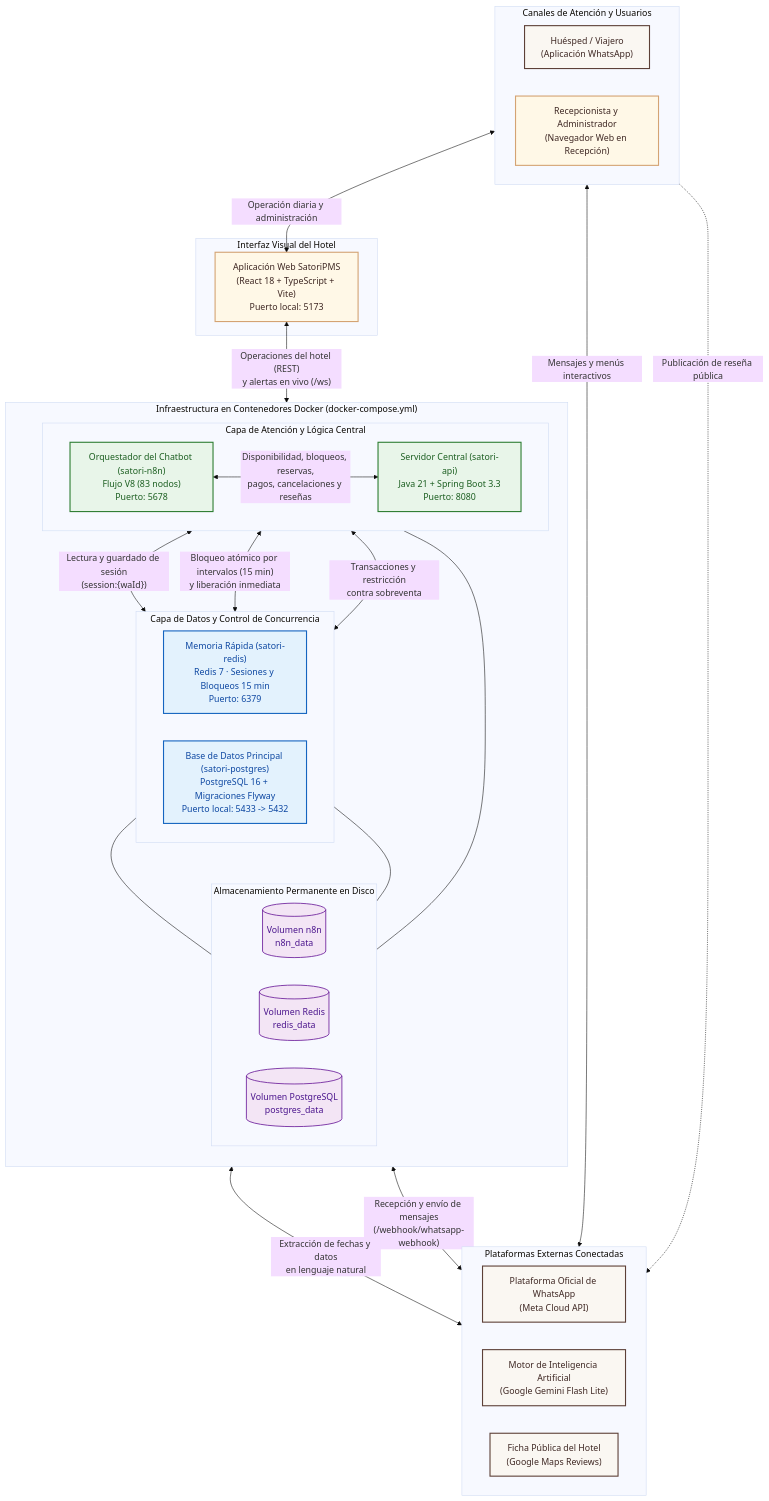
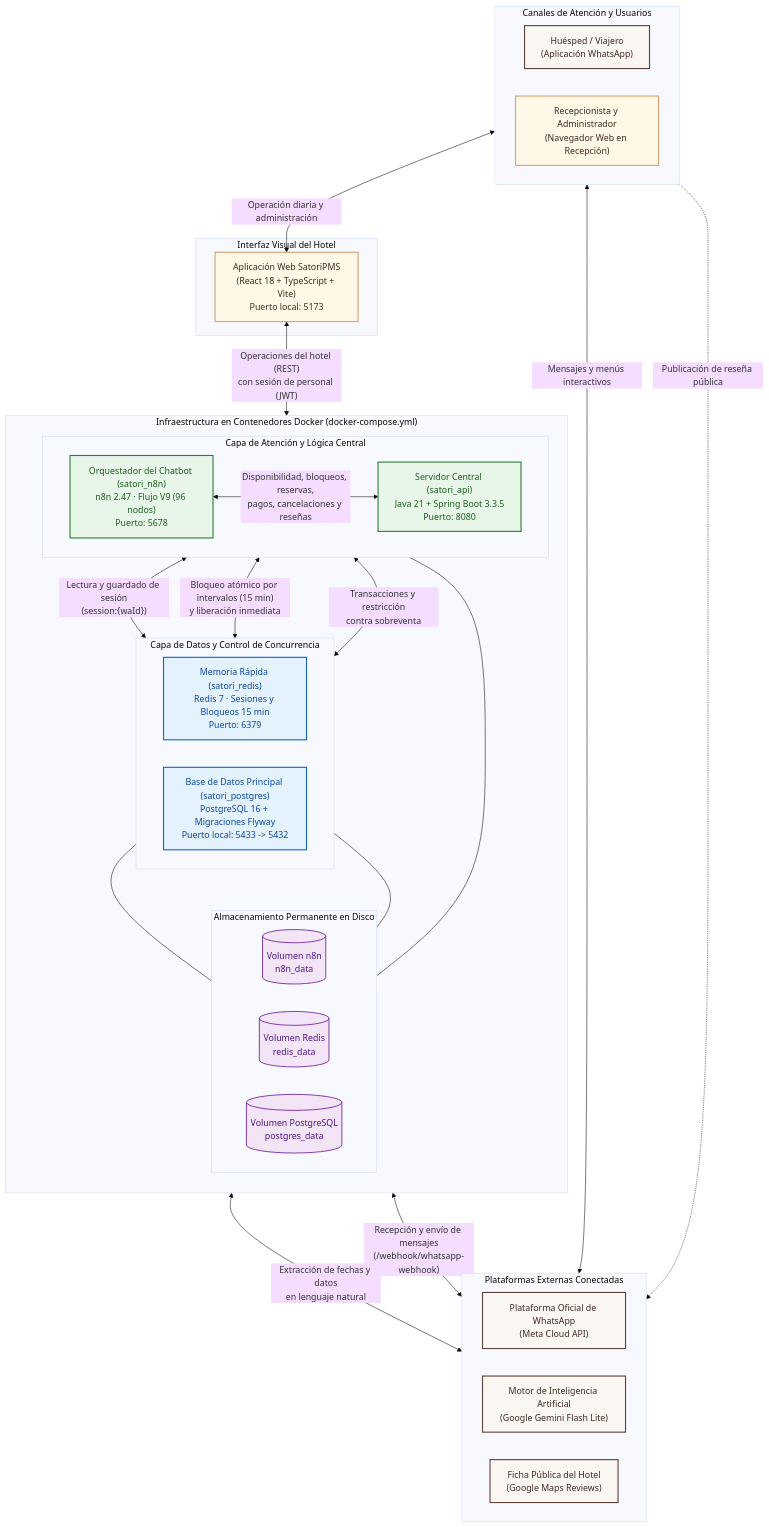
Before and after one commit to JuanJarias/SatoriPMS: the diagram in docs/Diagramas/01_Infraestructura_Servicios.md, drawn with Mermaid (base theme). The commit also changed other lines of this file and 9 other files, not shown here.

````diff
--- a/docs/Diagramas/01_Infraestructura_Servicios.md
+++ b/docs/Diagramas/01_Infraestructura_Servicios.md
@@ -11,69 +11,69 @@
 ```mermaid
 flowchart TB
     classDef external fill:#FAF7F2,stroke:#5D4037,stroke-width:2px,color:#3E2723
     classDef frontend fill:#FFF8E7,stroke:#D4A373,stroke-width:2px,color:#3E2723
     classDef core fill:#E8F5E9,stroke:#2E7D32,stroke-width:2px,color:#1B5E20
     classDef data fill:#E3F2FD,stroke:#1565C0,stroke-width:2px,color:#0D47A1
     classDef storage fill:#F3E5F5,stroke:#6A1B9A,stroke-width:1.5px,color:#4A148C
 
     subgraph Usuarios["Canales de Atención y Usuarios"]
         direction LR
         Huesped["Huésped / Viajero<br/>(Aplicación WhatsApp)"]:::external
         Personal["Recepcionista y Administrador<br/>(Navegador Web en Recepción)"]:::frontend
     end
 
     subgraph Externos["Plataformas Externas Conectadas"]
         direction LR
         MetaAPI["Plataforma Oficial de WhatsApp<br/>(Meta Cloud API)"]:::external
         GeminiAPI["Motor de Inteligencia Artificial<br/>(Google Gemini Flash Lite)"]:::external
         GoogleMaps["Ficha Pública del Hotel<br/>(Google Maps Reviews)"]:::external
     end
 
     subgraph FrontendApp["Interfaz Visual del Hotel"]
         WebApp["Aplicación Web SatoriPMS<br/>(React 18 + TypeScript + Vite)<br/>Puerto local: 5173"]:::frontend
     end
 
     subgraph DockerHost["Infraestructura en Contenedores Docker (docker-compose.yml)"]
         direction TB
 
         subgraph Orquestacion["Capa de Atención y Lógica Central"]
             direction LR
-            N8N["Orquestador del Chatbot (satori-n8n)<br/>Flujo V8 (83 nodos)<br/>Puerto: 5678"]:::core
-            API["Servidor Central (satori-api)<br/>Java 21 + Spring Boot 3.3<br/>Puerto: 8080"]:::core
+            N8N["Orquestador del Chatbot (satori_n8n)<br/>n8n 2.47 · Flujo V9 (96 nodos)<br/>Puerto: 5678"]:::core
+            API["Servidor Central (satori_api)<br/>Java 21 + Spring Boot 3.3.5<br/>Puerto: 8080"]:::core
         end
 
         subgraph Persistencia["Capa de Datos y Control de Concurrencia"]
             direction LR
-            Redis["Memoria Rápida (satori-redis)<br/>Redis 7 · Sesiones y Bloqueos 15 min<br/>Puerto: 6379"]:::data
-            Postgres["Base de Datos Principal (satori-postgres)<br/>PostgreSQL 16 + Migraciones Flyway<br/>Puerto local: 5433 -> 5432"]:::data
+            Redis["Memoria Rápida (satori_redis)<br/>Redis 7 · Sesiones y Bloqueos 15 min<br/>Puerto: 6379"]:::data
+            Postgres["Base de Datos Principal (satori_postgres)<br/>PostgreSQL 16 + Migraciones Flyway<br/>Puerto local: 5433 -> 5432"]:::data
         end
 
         subgraph Volumenes["Almacenamiento Permanente en Disco"]
             direction LR
             VolN8N[("Volumen n8n<br/>n8n_data")]:::storage
             VolRedis[("Volumen Redis<br/>redis_data")]:::storage
             VolPG[("Volumen PostgreSQL<br/>postgres_data")]:::storage
         end
     end
 
     %% Relaciones de usuarios y servicios externos
     Huesped <-->|"Mensajes y menús interactivos"| MetaAPI
     Huesped -.->|"Publicación de reseña pública"| GoogleMaps
     MetaAPI <-->|"Recepción y envío de mensajes<br/>(/webhook/whatsapp-webhook)"| N8N
     N8N <-->|"Extracción de fechas y datos<br/>en lenguaje natural"| GeminiAPI
 
     %% Relaciones de la aplicación web
     Personal <-->|"Operación diaria y administración"| WebApp
-    WebApp <-->|"Operaciones del hotel (REST)<br/>y alertas en vivo (/ws)"| API
+    WebApp <-->|"Operaciones del hotel (REST)<br/>con sesión de personal (JWT)"| API
 
     %% Relaciones internas entre contenedores
     N8N <-->|"Lectura y guardado de sesión<br/>(session:{waId})"| Redis
     N8N <-->|"Disponibilidad, bloqueos, reservas,<br/>pagos, cancelaciones y reseñas"| API
     API <-->|"Bloqueo atómico por intervalos (15 min)<br/>y liberación inmediata"| Redis
     API <-->|"Transacciones y restricción<br/>contra sobreventa"| Postgres
 
     %% Persistencia en volúmenes
     N8N --- VolN8N
     Redis --- VolRedis
     Postgres --- VolPG
 ```
````
